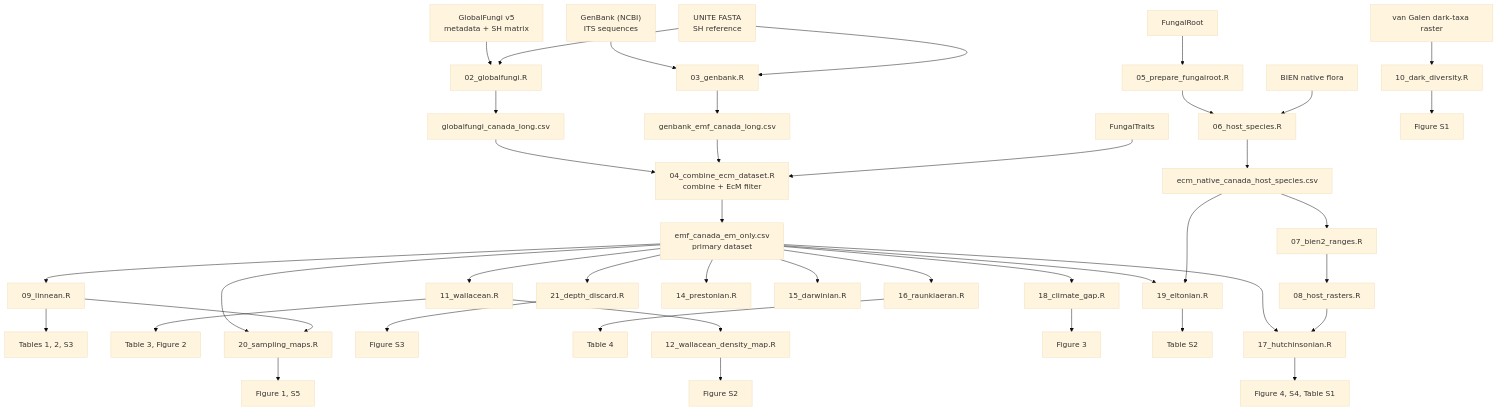
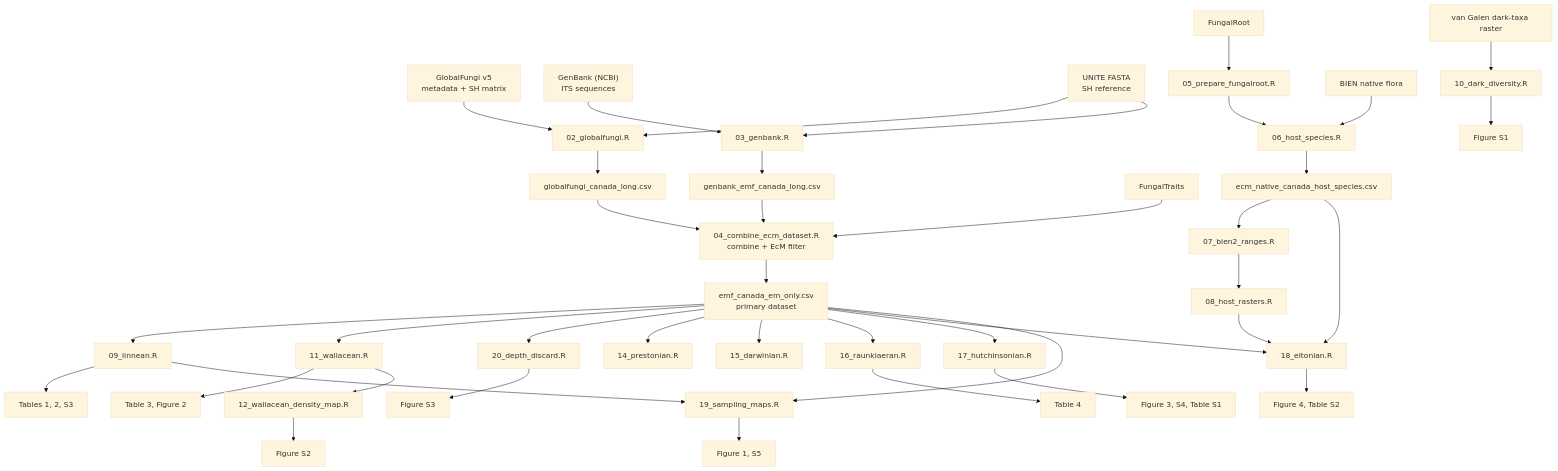
The diagram in README.md (pitherj/Canada_ecto_shortfalls), drawn with Mermaid (base theme) before and after one commit. The commit also changed other lines of this file and 8 other files, not shown here.

````diff
--- a/README.md
+++ b/README.md
@@ -49,34 +50,33 @@
 ```mermaid
 flowchart TD
     R1["GlobalFungi v5\nmetadata + SH matrix"] --> S02["02_globalfungi.R"]
     R2["GenBank (NCBI)\nITS sequences"] --> S03["03_genbank.R"]
     R3["UNITE FASTA\nSH reference"] --> S02
     R3 --> S03
     S02 --> GF["globalfungi_canada_long.csv"]
     S03 --> GB["genbank_emf_canada_long.csv"]
     GF --> S04["04_combine_ecm_dataset.R\ncombine + EcM filter"]
     GB --> S04
     R4["FungalTraits"] --> S04
     S04 --> EMF["emf_canada_em_only.csv\nprimary dataset"]
 
     R5["FungalRoot"] --> S05["05_prepare_fungalroot.R"] --> S06["06_host_species.R"]
     R6["BIEN native flora"] --> S06
     S06 --> HOST["ecm_native_canada_host_species.csv"]
     HOST --> S07["07_bien2_ranges.R"] --> S08["08_host_rasters.R"]
 
     EMF --> S09["09_linnean.R"] --> T12["Tables 1, 2, S3"]
     RVG["van Galen dark-taxa raster"] --> S10["10_dark_diversity.R"] --> FS1["Figure S1"]
     EMF --> S11["11_wallacean.R"] --> F2["Table 3, Figure 2"]
     S11 --> S12["12_wallacean_density_map.R"] --> FS2["Figure S2"]
-    EMF --> S21["21_depth_discard.R"] --> FS3["Figure S3"]
+    EMF --> S20["20_depth_discard.R"] --> FS3["Figure S3"]
     EMF --> S14["14_prestonian.R"]
     EMF --> S15["15_darwinian.R"]
     EMF --> S16["16_raunkiaeran.R"] --> T4["Table 4"]
-    EMF --> S17["17_hutchinsonian.R"] --> F4["Figure 4, S4, Table S1"]
-    S08 --> S17
-    EMF --> S18["18_climate_gap.R"] --> F3["Figure 3"]
-    EMF --> S19["19_eltonian.R"] --> TS2["Table S2"]
-    HOST --> S19
-    EMF --> S20["20_sampling_maps.R"] --> F1["Figure 1, S5"]
-    S09 --> S20
+    EMF --> S17["17_hutchinsonian.R"] --> F3["Figure 3, S4, Table S1"]
+    EMF --> S18["18_eltonian.R"] --> TS2["Figure 4, Table S2"]
+    S08 --> S18
+    HOST --> S18
+    EMF --> S19["19_sampling_maps.R"] --> F1["Figure 1, S5"]
+    S09 --> S19
 ```
````
